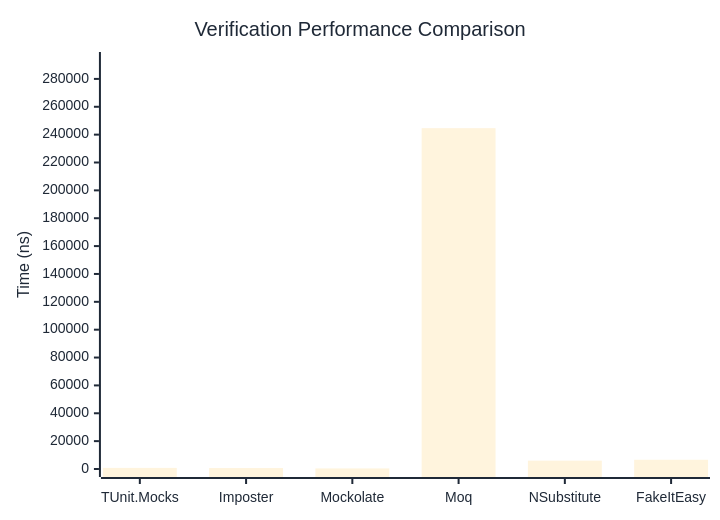
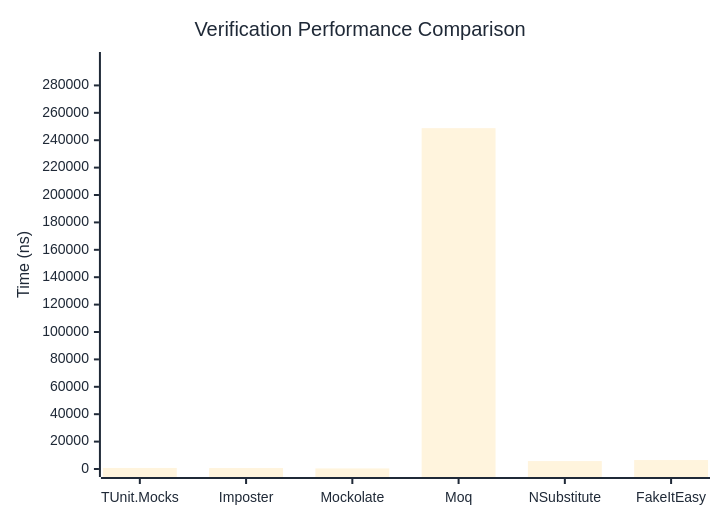
The first of 3 diagrams in docs/docs/benchmarks/mocks/Verification.md (thomhurst/TUnit), drawn with Mermaid before and after one commit. The commit also changed other lines of this file and 14 other files, not shown here.

````diff
--- a/docs/docs/benchmarks/mocks/Verification.md
+++ b/docs/docs/benchmarks/mocks/Verification.md
@@ -30,27 +30,27 @@
 ```mermaid
 %%{init: {
   'theme':'base',
   'themeVariables': {
     'primaryColor': '#2563eb',
     'primaryTextColor': '#1f2937',
     'primaryBorderColor': '#1e40af',
     'lineColor': '#6b7280',
     'secondaryColor': '#7c3aed',
     'tertiaryColor': '#dc2626',
     'background': '#ffffff',
     'pie1': '#2563eb',
     'pie2': '#7c3aed',
     'pie3': '#dc2626',
     'pie4': '#f59e0b',
     'pie5': '#10b981',
     'pie6': '#06b6d4',
     'pie7': '#ec4899',
     'pie8': '#6366f1'
   }
 }}%%
 xychart-beta
   title "Verification Performance Comparison"
   x-axis ["TUnit.Mocks", "Imposter", "Mockolate", "Moq", "NSubstitute", "FakeItEasy"]
-  y-axis "Time (ns)" 0 --> 293571
-  bar [779.6, 690.03, 416.06, 244642.07, 5987.73, 6625.19]
+  y-axis "Time (ns)" 0 --> 298550
+  bar [759.94, 687.04, 417.03, 248790.88, 5786.21, 6528.17]
 ```
````
